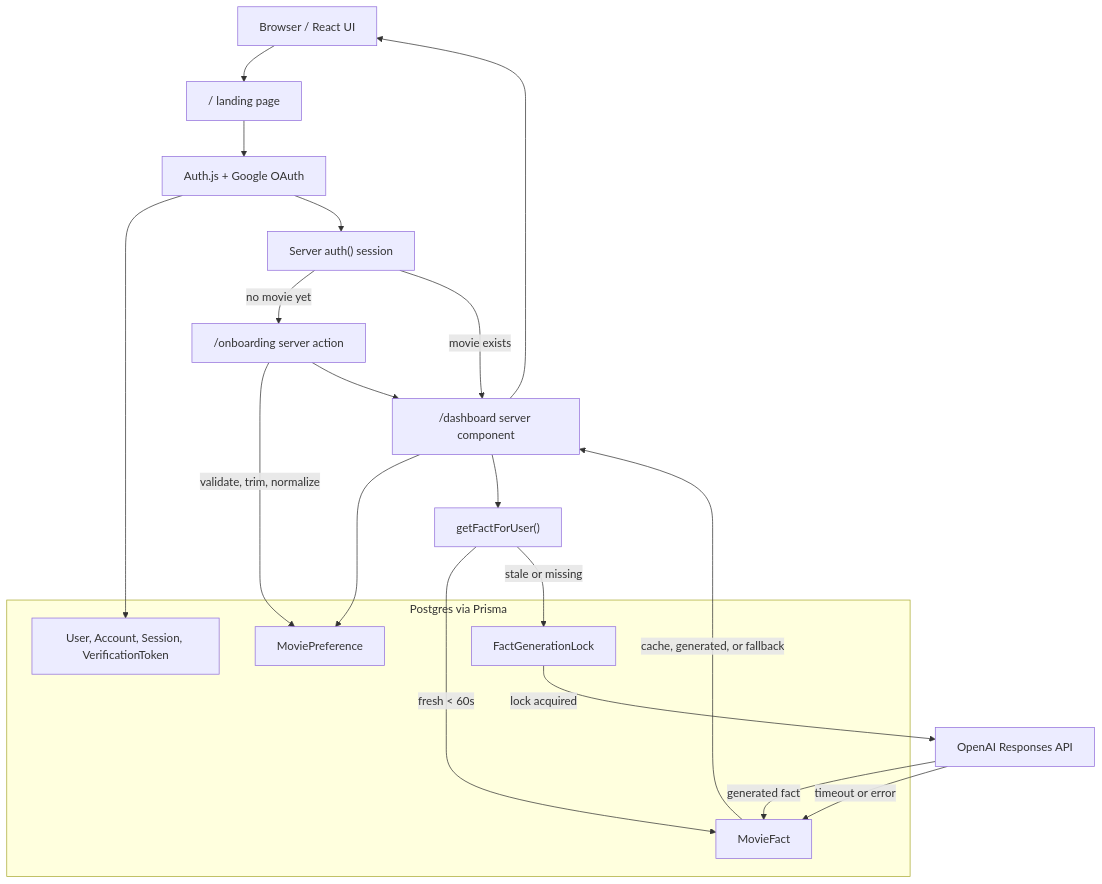
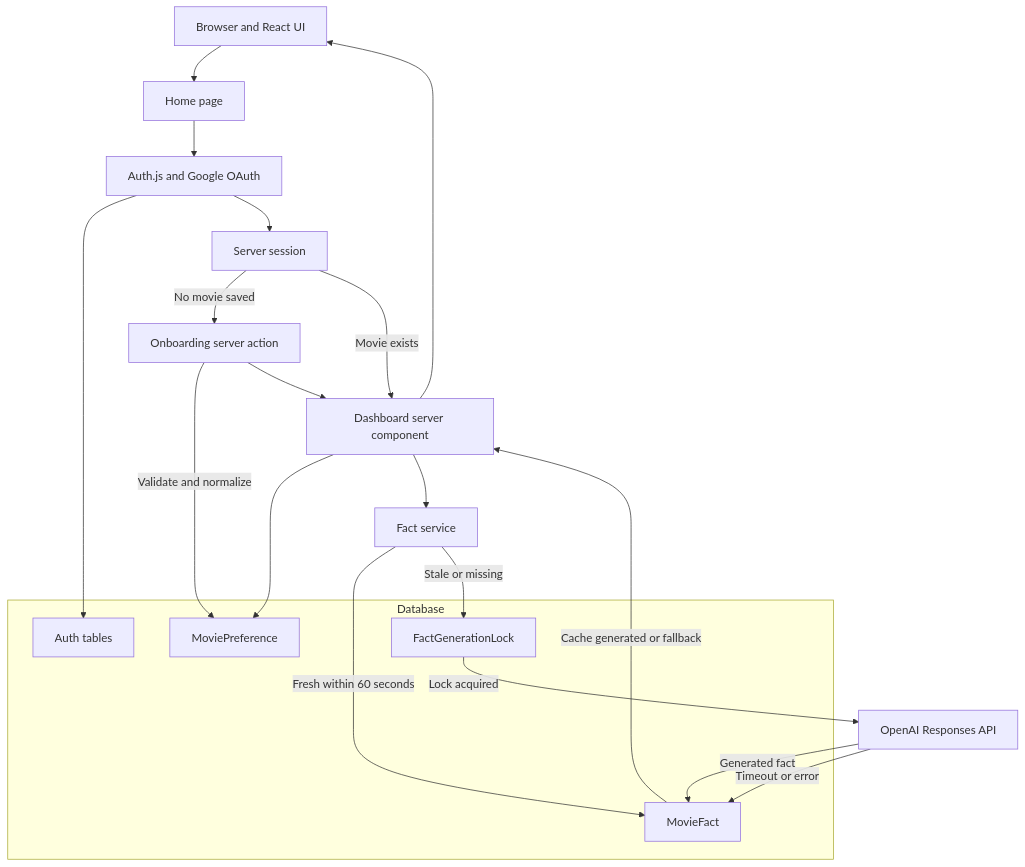
Before and after one commit to SiddarthVuppunahalli/Scowtt-Take-Home-Exercise: the diagram in README.md, drawn with Mermaid. The commit also changed other lines of this file, not shown here.

Commit message:
readme change

````diff
--- a/README.md
+++ b/README.md
@@ -111,36 +110,36 @@
 ```mermaid
 flowchart TD
-  Browser["Browser / React UI"]
-  Landing["/ landing page"]
-  Auth["Auth.js + Google OAuth"]
-  Session["Server auth() session"]
-  Onboarding["/onboarding server action"]
-  Dashboard["/dashboard server component"]
-  FactService["getFactForUser()"]
-  OpenAI["OpenAI Responses API"]
+  Browser[Browser and React UI]
+  Home[Home page]
+  Auth[Auth.js and Google OAuth]
+  Session[Server session]
+  Onboarding[Onboarding server action]
+  Dashboard[Dashboard server component]
+  FactService[Fact service]
+  OpenAI[OpenAI Responses API]
 
-  subgraph Postgres["Postgres via Prisma"]
-    AuthTables["User, Account, Session, VerificationToken"]
-    Preference["MoviePreference"]
-    Facts["MovieFact"]
-    Locks["FactGenerationLock"]
+  subgraph Database
+    AuthTables[Auth tables]
+    Preference[MoviePreference]
+    Facts[MovieFact]
+    Locks[FactGenerationLock]
   end
 
-  Browser --> Landing
-  Landing --> Auth
+  Browser --> Home
+  Home --> Auth
   Auth --> AuthTables
   Auth --> Session
-  Session -->|"no movie yet"| Onboarding
-  Session -->|"movie exists"| Dashboard
-  Onboarding -->|"validate, trim, normalize"| Preference
+  Session -->|No movie saved| Onboarding
+  Session -->|Movie exists| Dashboard
+  Onboarding -->|Validate and normalize| Preference
   Onboarding --> Dashboard
   Dashboard --> Preference
   Dashboard --> FactService
-  FactService -->|"fresh < 60s"| Facts
-  FactService -->|"stale or missing"| Locks
-  Locks -->|"lock acquired"| OpenAI
-  OpenAI -->|"generated fact"| Facts
-  OpenAI -->|"timeout or error"| Facts
-  Facts -->|"cache, generated, or fallback"| Dashboard
+  FactService -->|Fresh within 60 seconds| Facts
+  FactService -->|Stale or missing| Locks
+  Locks -->|Lock acquired| OpenAI
+  OpenAI -->|Generated fact| Facts
+  OpenAI -->|Timeout or error| Facts
+  Facts -->|Cache generated or fallback| Dashboard
   Dashboard --> Browser
 ```
````
